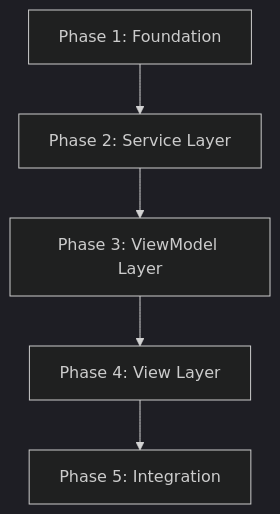
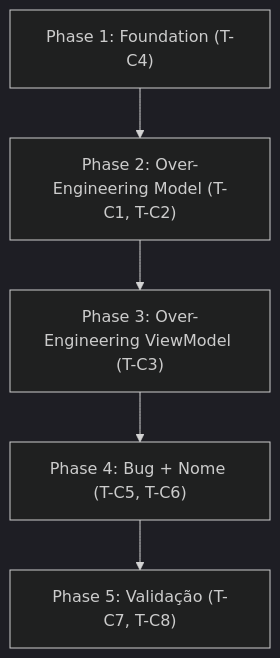
One commit to BrunoWatanabe/TCC-KPC changed the diagram in specs/001-login-component/tasks.md. Above: the diagram before and after it, drawn with Mermaid (dark theme). The commit also changed other lines of this file and 17 other files, not shown here.

````diff
--- a/specs/001-login-component/tasks.md
+++ b/specs/001-login-component/tasks.md
@@ -100,7 +155,7 @@
 ```mermaid
 graph TD
-    Phase1["Phase 1: Foundation"] --> Phase2["Phase 2: Service Layer"]
-    Phase2 --> Phase3["Phase 3: ViewModel Layer"]
-    Phase3 --> Phase4["Phase 4: View Layer"]
-    Phase4 --> Phase5["Phase 5: Integration"]
+    Phase1["Phase 1: Foundation (T-C4)"] --> Phase2["Phase 2: Over-Engineering Model (T-C1, T-C2)"]
+    Phase2 --> Phase3["Phase 3: Over-Engineering ViewModel (T-C3)"]
+    Phase3 --> Phase4["Phase 4: Bug + Nome (T-C5, T-C6)"]
+    Phase4 --> Phase5["Phase 5: Validação (T-C7, T-C8)"]
 ```
````
